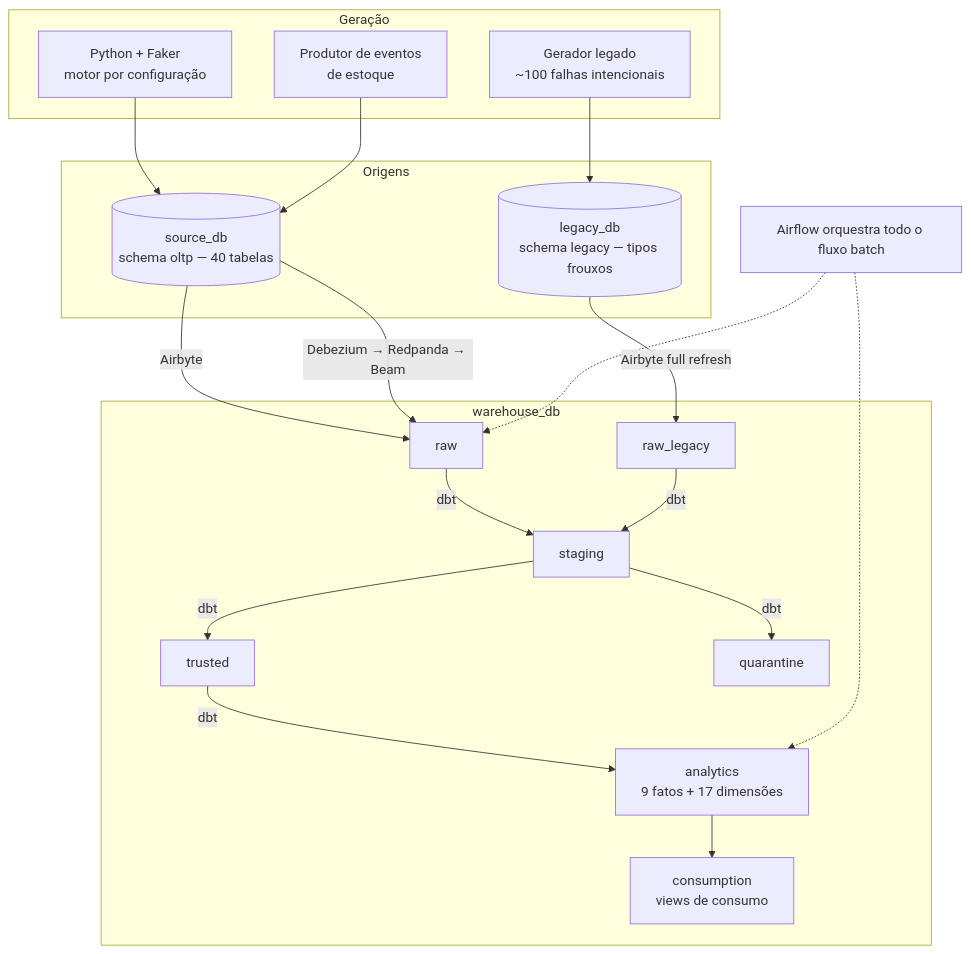
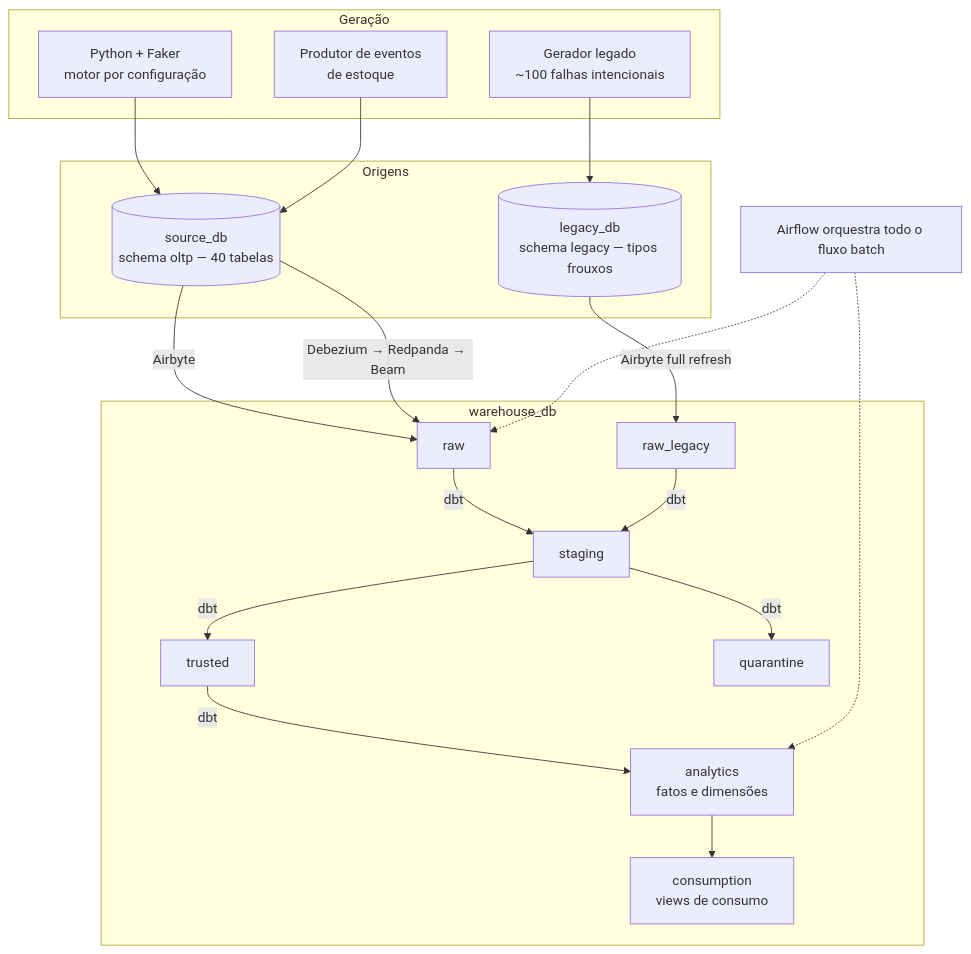
The diagram in docs/arquitetura.md (alencardoug/mvp_eng_dados_1), drawn with Mermaid before and after one commit. The commit also changed other lines of this file, not shown here.

First line of the commit message:
docs: tira do diagrama da arquitetura a contagem de fatos e dimensões

````diff
--- a/docs/arquitetura.md
+++ b/docs/arquitetura.md
@@ -23,41 +23,41 @@
 ```mermaid
 flowchart TB
     subgraph GER["Geração"]
         FK["Python + Faker<br/>motor por configuração"]
         LG["Gerador legado<br/>~100 falhas intencionais"]
         ST["Produtor de eventos<br/>de estoque"]
     end
 
     subgraph ORI["Origens"]
         SRC[("source_db<br/>schema oltp — 40 tabelas")]
         LEG[("legacy_db<br/>schema legacy — tipos frouxos")]
     end
 
     subgraph WH["warehouse_db"]
         RAW["raw"]
         RAWL["raw_legacy"]
         STG["staging"]
         TRU["trusted"]
-        ANA["analytics<br/>9 fatos + 17 dimensões"]
+        ANA["analytics<br/>fatos e dimensões"]
         CON["consumption<br/>views de consumo"]
         QUA["quarantine"]
     end
 
     FK --> SRC
     LG --> LEG
     ST --> SRC
 
     SRC -->|Airbyte| RAW
     LEG -->|Airbyte full refresh| RAWL
     SRC -->|Debezium → Redpanda → Beam| RAW
 
     RAW -->|dbt| STG
     RAWL -->|dbt| STG
     STG -->|dbt| TRU
     STG -->|dbt| QUA
     TRU -->|dbt| ANA
     ANA --> CON
 
     AF["Airflow orquestra todo o fluxo batch"] -.-> RAW
     AF -.-> ANA
 ```
````
